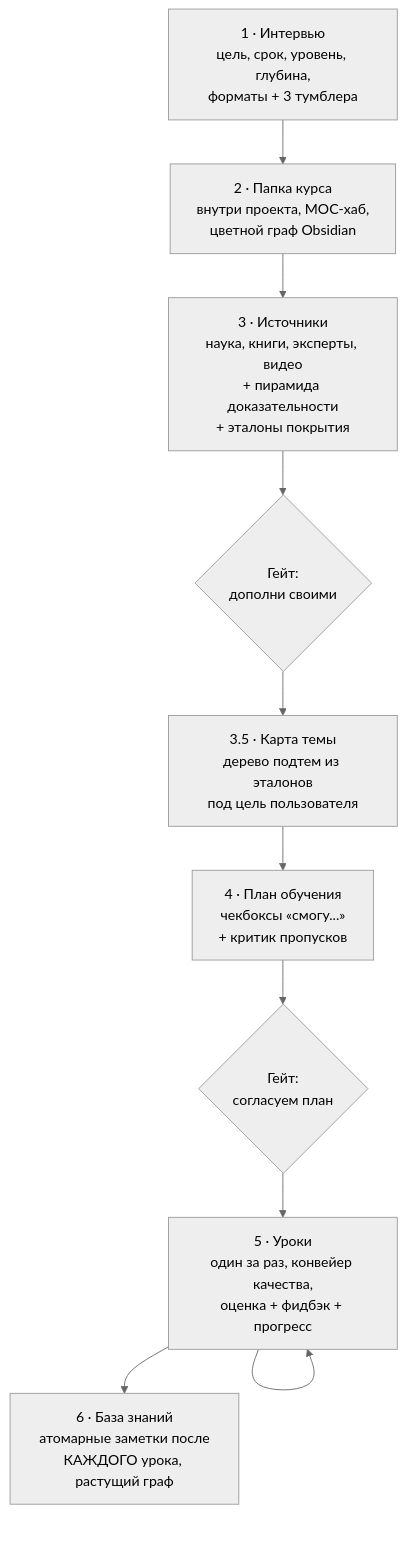
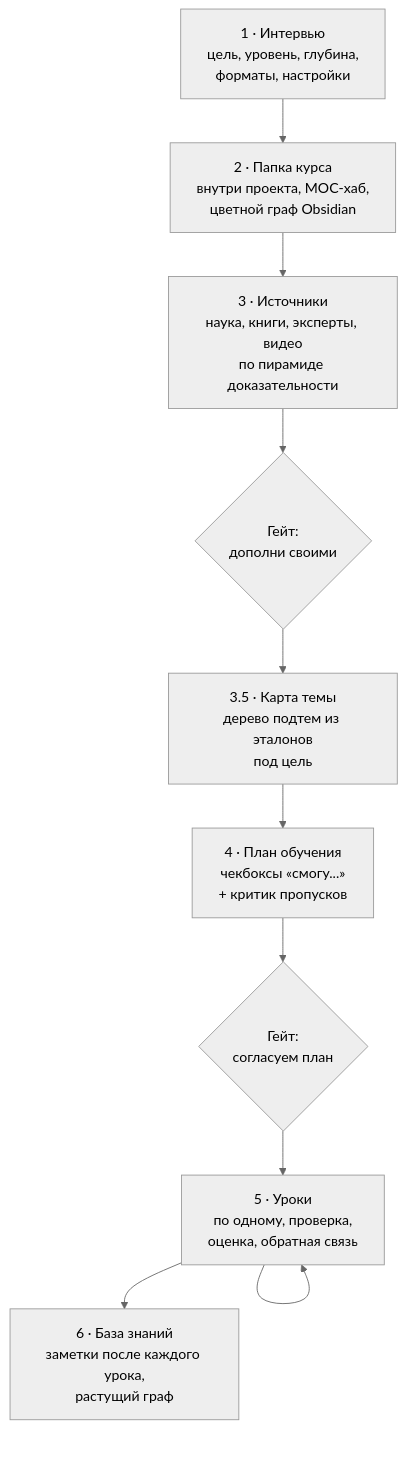
One commit to cryptoyoginya/learneverything changed the first of 5 diagrams in README.md. Above: the diagram before and after it, drawn with Mermaid. The commit also changed other lines of this file, not shown here.

````diff
--- a/README.md
+++ b/README.md
@@ -34,13 +48,13 @@
 ```mermaid
 %%{init: {'theme':'neutral'}}%%
 graph TD
-    A["1 · Интервью<br/>цель, срок, уровень, глубина,<br/>форматы + 3 тумблера"] --> B["2 · Папка курса<br/>внутри проекта, MOC-хаб,<br/>цветной граф Obsidian"]
-    B --> C["3 · Источники<br/>наука, книги, эксперты, видео<br/>+ пирамида доказательности<br/>+ эталоны покрытия"]
+    A["1 · Интервью<br/>цель, уровень, глубина,<br/>форматы, настройки"] --> B["2 · Папка курса<br/>внутри проекта, MOC-хаб,<br/>цветной граф Obsidian"]
+    B --> C["3 · Источники<br/>наука, книги, эксперты, видео<br/>по пирамиде доказательности"]
     C --> G1{"Гейт:<br/>дополни своими"}
-    G1 --> D["3.5 · Карта темы<br/>дерево подтем из эталонов<br/>под цель пользователя"]
+    G1 --> D["3.5 · Карта темы<br/>дерево подтем из эталонов<br/>под цель"]
     D --> E["4 · План обучения<br/>чекбоксы «смогу...»<br/>+ критик пропусков"]
     E --> G2{"Гейт:<br/>согласуем план"}
-    G2 --> F["5 · Уроки<br/>один за раз, конвейер качества,<br/>оценка + фидбэк + прогресс"]
+    G2 --> F["5 · Уроки<br/>по одному, проверка,<br/>оценка, обратная связь"]
     F --> F
-    F --> H["6 · База знаний<br/>атомарные заметки после<br/>КАЖДОГО урока, растущий граф"]
+    F --> H["6 · База знаний<br/>заметки после каждого урока,<br/>растущий граф"]
 ```
````
